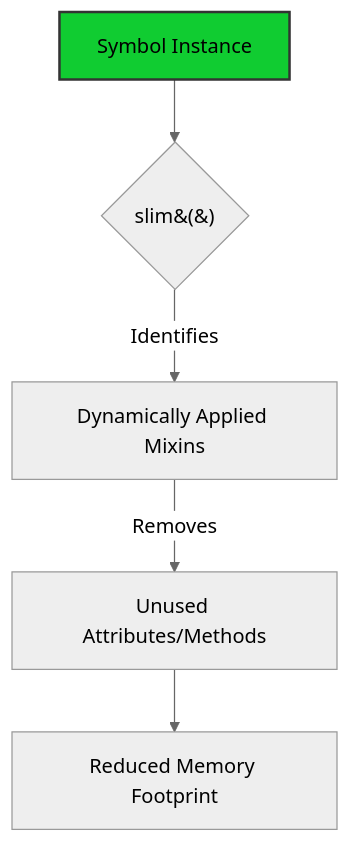
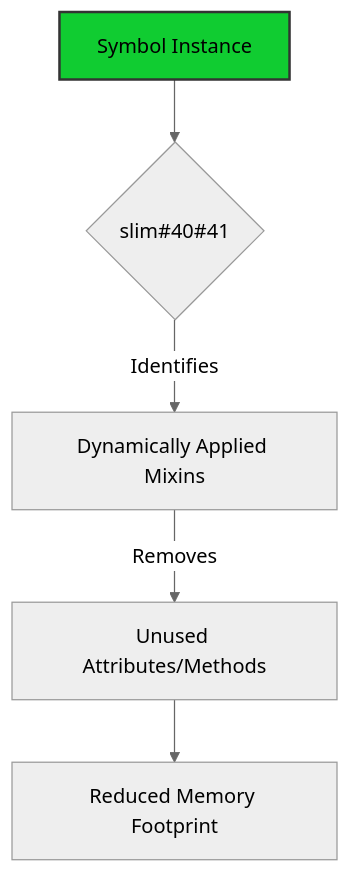
One commit to ikko/sym changed the tenth of 13 diagrams in docs/readme_details/8_api_highlights/index.md. Above: the diagram before and after it, drawn with Mermaid (neutral theme). The commit also changed other lines of this file and 38 other files, not shown here.

Commit message:
mermaids maybe fixed

````diff
--- a/docs/readme_details/8_api_highlights/index.md
+++ b/docs/readme_details/8_api_highlights/index.md
@@ -429,11 +429,11 @@
 ```mermaid
 graph TD
-    A[Symbol Instance] --> B{slim&#40;&#41;};
+    A[Symbol Instance] --> B{slim#40#41};
     B -- "Identifies" --> C[Dynamically Applied Mixins];
     C -- "Removes" --> D[Unused Attributes/Methods];
     D --> E[Reduced Memory Footprint];
 
     style A fill:#10cc31,stroke:#333,stroke-width:2px,color:#000000;
 
     style A fill:#10cc31,stroke:#333,stroke-width:2px,color:#000000;
 ```
````
